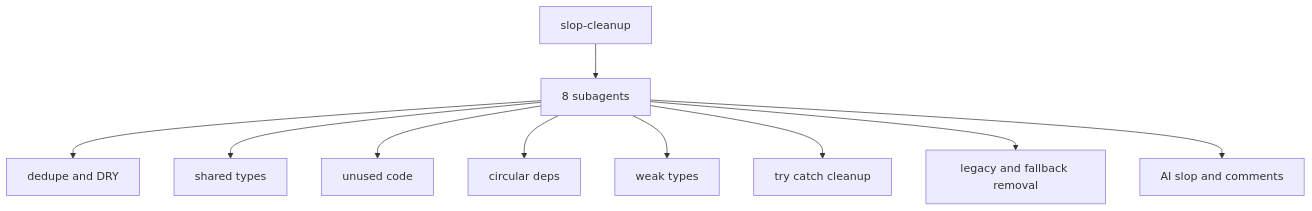
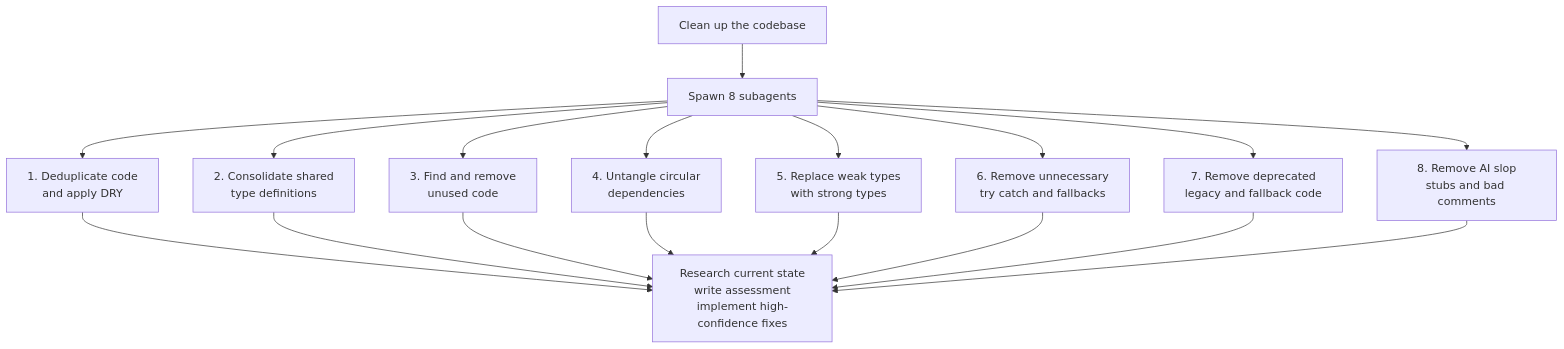
The diagram in README.md (jasperdevs/slop-cleanup), drawn with Mermaid before and after one commit.

Commit message:
Clarify README flowchart

````diff
--- a/README.md
+++ b/README.md
@@ -13,12 +13,23 @@
 ```mermaid
 flowchart TD
-    A[slop-cleanup] --> B[8 subagents]
-    B --> C[dedupe and DRY]
-    B --> D[shared types]
-    B --> E[unused code]
-    B --> F[circular deps]
-    B --> G[weak types]
-    B --> H[try catch cleanup]
-    B --> I[legacy and fallback removal]
-    B --> J[AI slop and comments]
+    A[Clean up the codebase]
+    A --> B[Spawn 8 subagents]
+
+    B --> C[1. Deduplicate code<br/>and apply DRY]
+    B --> D[2. Consolidate shared<br/>type definitions]
+    B --> E[3. Find and remove<br/>unused code]
+    B --> F[4. Untangle circular<br/>dependencies]
+    B --> G[5. Replace weak types<br/>with strong types]
+    B --> H[6. Remove unnecessary<br/>try catch and fallbacks]
+    B --> I[7. Remove deprecated<br/>legacy and fallback code]
+    B --> J[8. Remove AI slop<br/>stubs and bad comments]
+
+    C --> K[Research current state<br/>write assessment<br/>implement high-confidence fixes]
+    D --> K
+    E --> K
+    F --> K
+    G --> K
+    H --> K
+    I --> K
+    J --> K
 ```
````
